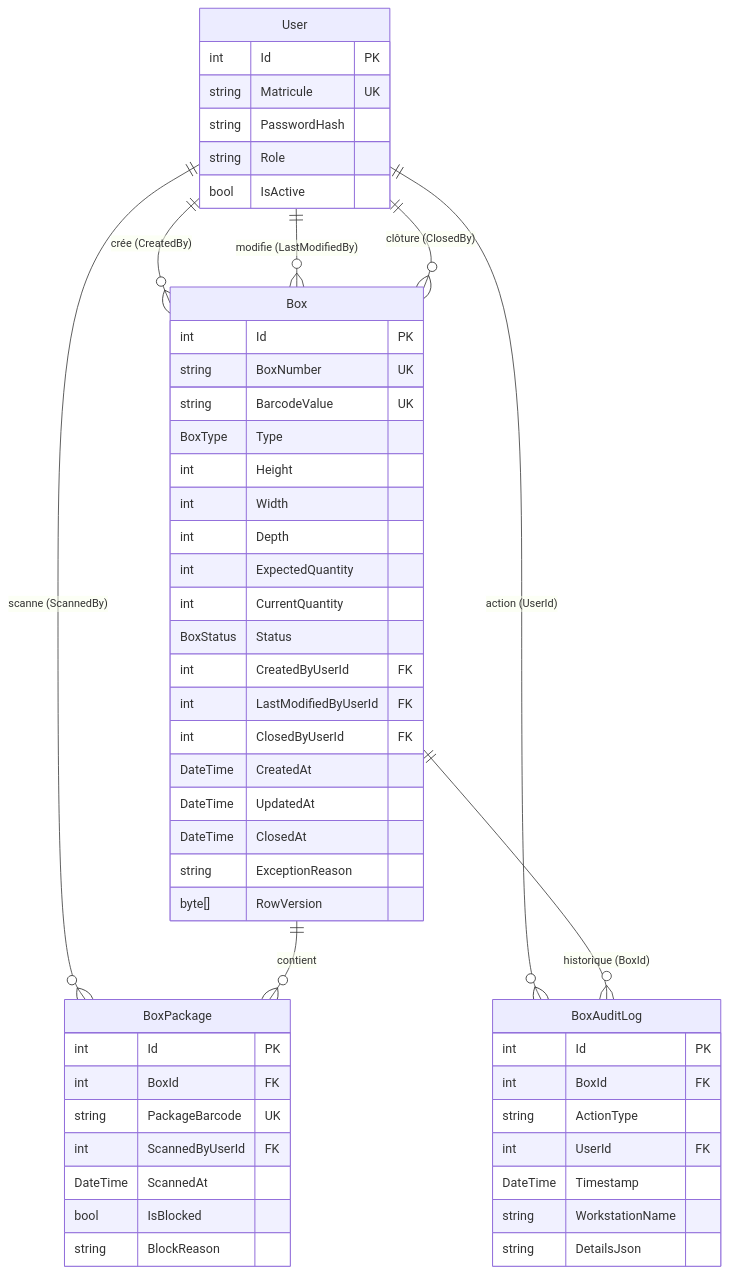
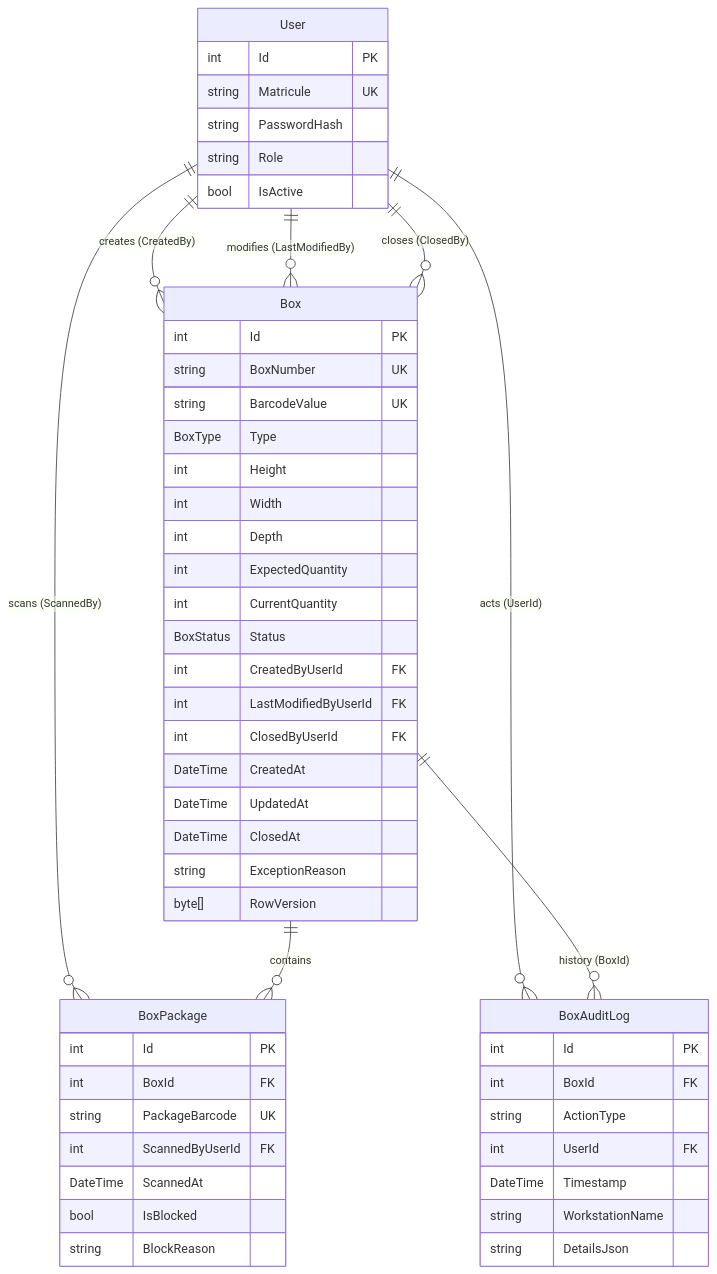
One commit to MEHDImp4/Motherson-Box-Management changed the second of 3 diagrams in docs/ARCHITECTURE.md. Above: the diagram before and after it, drawn with Mermaid. The commit also changed other lines of this file and 92 other files, not shown here.

````diff
--- a/docs/ARCHITECTURE.md
+++ b/docs/ARCHITECTURE.md
@@ -92,59 +92,59 @@
 ```mermaid
 erDiagram
-    User ||--o{ Box : "crée (CreatedBy)"
-    User ||--o{ Box : "modifie (LastModifiedBy)"
-    User ||--o{ Box : "clôture (ClosedBy)"
-    User ||--o{ BoxPackage : "scanne (ScannedBy)"
-    User ||--o{ BoxAuditLog : "action (UserId)"
-    Box ||--o{ BoxPackage : "contient"
-    Box ||--o{ BoxAuditLog : "historique (BoxId)"
+    User ||--o{ Box : "creates (CreatedBy)"
+    User ||--o{ Box : "modifies (LastModifiedBy)"
+    User ||--o{ Box : "closes (ClosedBy)"
+    User ||--o{ BoxPackage : "scans (ScannedBy)"
+    User ||--o{ BoxAuditLog : "acts (UserId)"
+    Box ||--o{ BoxPackage : "contains"
+    Box ||--o{ BoxAuditLog : "history (BoxId)"
 
     User {
         int Id PK
         string Matricule UK
         string PasswordHash
         string Role
         bool IsActive
     }
 
     Box {
         int Id PK
         string BoxNumber UK
         string BarcodeValue UK
         BoxType Type
         int Height
         int Width
         int Depth
         int ExpectedQuantity
         int CurrentQuantity
         BoxStatus Status
         int CreatedByUserId FK
         int LastModifiedByUserId FK
         int ClosedByUserId FK
         DateTime CreatedAt
         DateTime UpdatedAt
         DateTime ClosedAt
         string ExceptionReason
         byte[] RowVersion
     }
 
     BoxPackage {
         int Id PK
         int BoxId FK
         string PackageBarcode UK
         int ScannedByUserId FK
         DateTime ScannedAt
         bool IsBlocked
         string BlockReason
     }
 
     BoxAuditLog {
         int Id PK
         int BoxId FK
         string ActionType
         int UserId FK
         DateTime Timestamp
         string WorkstationName
         string DetailsJson
     }
 ```
````
